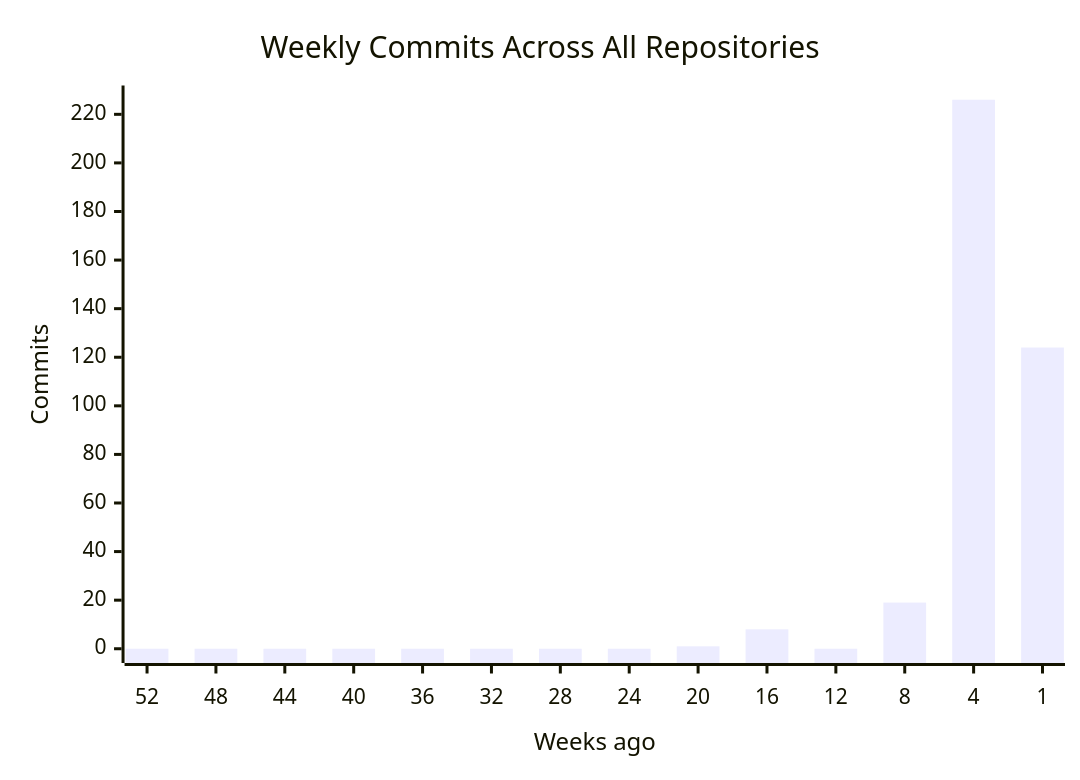
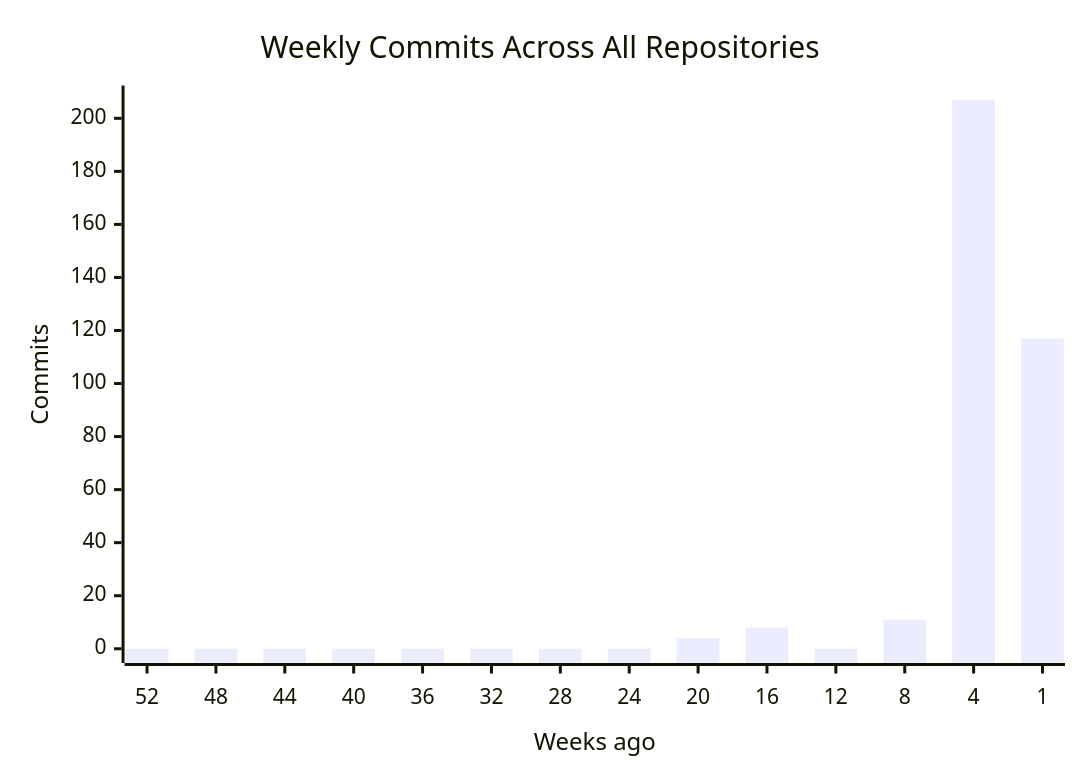
One commit to CSTH-Projects/.github changed the first of 4 diagrams in profile/README.md. Above: the diagram before and after it, drawn with Mermaid. The commit also changed other lines of this file, not shown here.

````diff
--- a/profile/README.md
+++ b/profile/README.md
@@ -16,7 +16,7 @@
 ```mermaid
 xychart-beta
     title "Weekly Commits Across All Repositories"
     x-axis "Weeks ago" [52, 48, 44, 40, 36, 32, 28, 24, 20, 16, 12, 8, 4, 1]
     y-axis "Commits"
-    bar [0, 0, 0, 0, 0, 0, 0, 0, 1, 8, 0, 19, 226, 124]
+    bar [0, 0, 0, 0, 0, 0, 0, 0, 4, 8, 0, 11, 207, 117]
 ```
````
